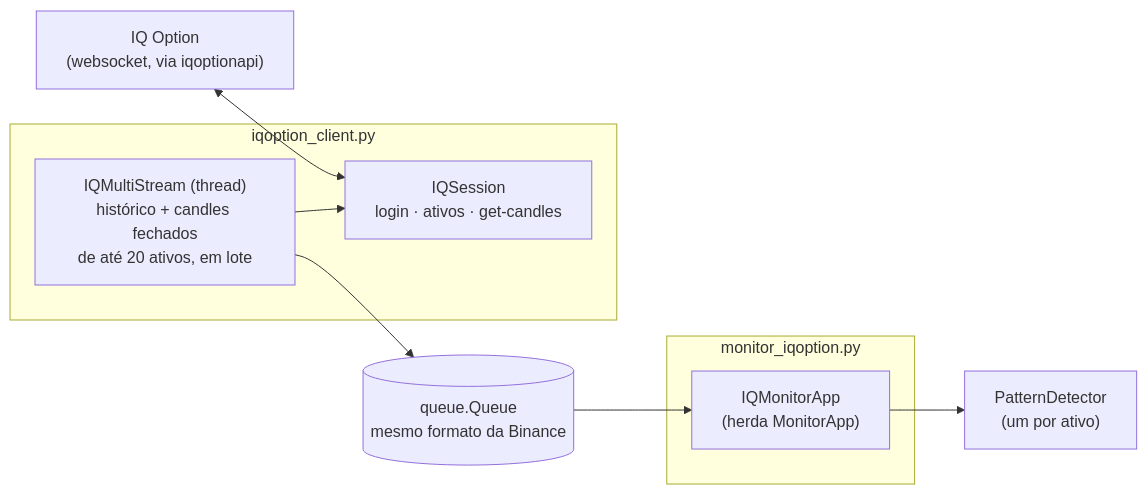
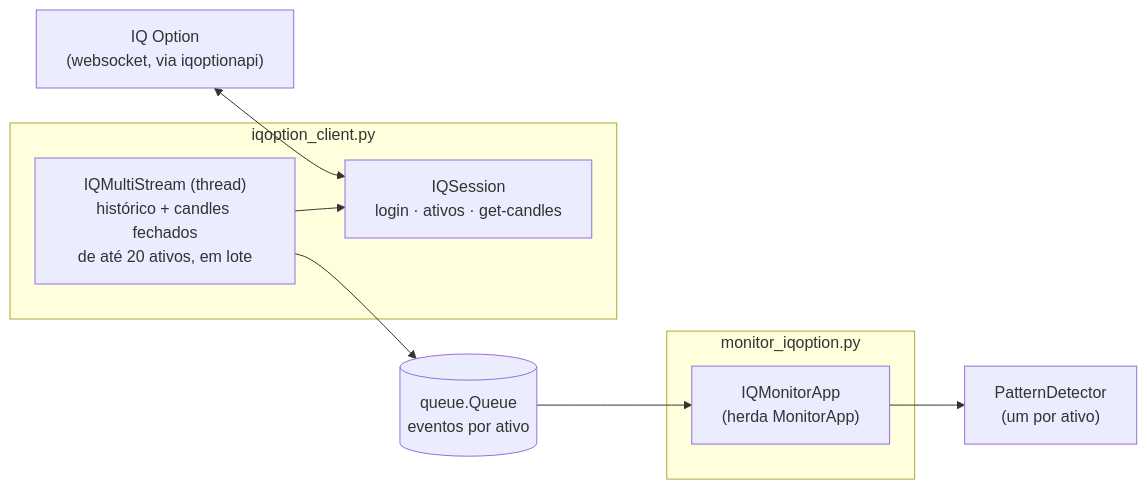
The diagram in iqoption/README.md (RalphRebello/market-monitor), drawn with Mermaid before and after one commit. The commit also changed other lines of this file and 10 other files, not shown here.

````diff
--- a/iqoption/README.md
+++ b/iqoption/README.md
@@ -185,20 +290,20 @@
 ```mermaid
 flowchart LR
     IQ["IQ Option<br/>(websocket, via iqoptionapi)"]
 
     subgraph client["iqoption_client.py"]
         S["IQSession<br/>login · ativos · get-candles"]
         T["IQMultiStream (thread)<br/>histórico + candles fechados<br/>de até 20 ativos, em lote"]
     end
 
     subgraph gui["monitor_iqoption.py"]
         A["IQMonitorApp<br/>(herda MonitorApp)"]
     end
 
     D["PatternDetector<br/>(um por ativo)"]
-    Q[("queue.Queue<br/>mesmo formato da Binance")]
+    Q[("queue.Queue<br/>eventos por ativo")]
 
     IQ <--> S
     T --> S
     T --> Q --> A --> D
 ```
````
